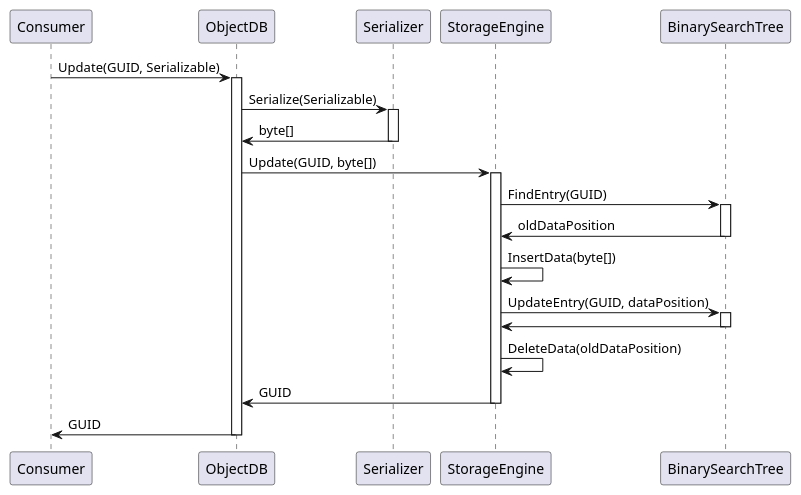
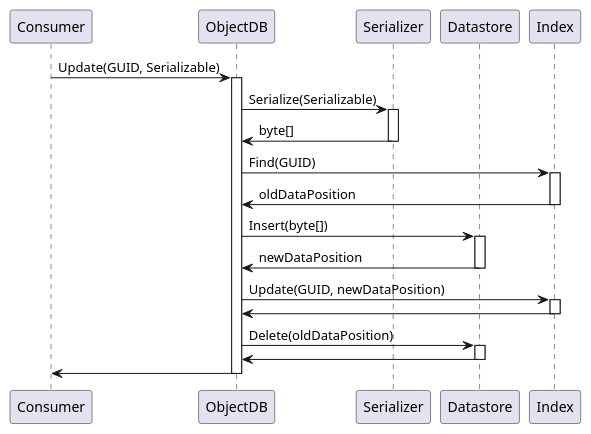
The diagram in doc/sd-update.puml (markus-wa/ObjectOrientedDB), drawn with PlantUML before and after one commit.

```diff
--- a/doc/sd-update.puml
+++ b/doc/sd-update.puml
@@ -1,29 +1,27 @@
 @startuml
 participant Consumer
 participant ObjectDB
 participant Serializer
-participant StorageEngine
-participant BinarySearchTree
+participant Datastore
+participant Index
 
 Consumer -> ObjectDB ++: Update(GUID, Serializable)
 
 ObjectDB  -> Serializer ++: Serialize(Serializable)
 Serializer -> ObjectDB --: byte[]
 
-ObjectDB -> StorageEngine ++: Update(GUID, byte[])
+ObjectDB -> Index ++: Find(GUID)
+Index -> ObjectDB --: oldDataPosition
 
-StorageEngine -> BinarySearchTree ++: FindEntry(GUID)
-BinarySearchTree -> StorageEngine --: oldDataPosition
+ObjectDB -> Datastore ++: Insert(byte[])
+Datastore -> ObjectDB --: newDataPosition
 
-StorageEngine -> StorageEngine: InsertData(byte[])
+ObjectDB -> Index ++: Update(GUID, newDataPosition)
+Index -> ObjectDB --
 
-StorageEngine -> BinarySearchTree ++: UpdateEntry(GUID, dataPosition)
-BinarySearchTree -> StorageEngine --
+ObjectDB -> Datastore ++: Delete(oldDataPosition)
+Datastore -> ObjectDB --
 
-StorageEngine -> StorageEngine: DeleteData(oldDataPosition)
-
-StorageEngine -> ObjectDB --: GUID
-
-ObjectDB -> Consumer --: GUID
+ObjectDB -> Consumer --
 
 @enduml
```
